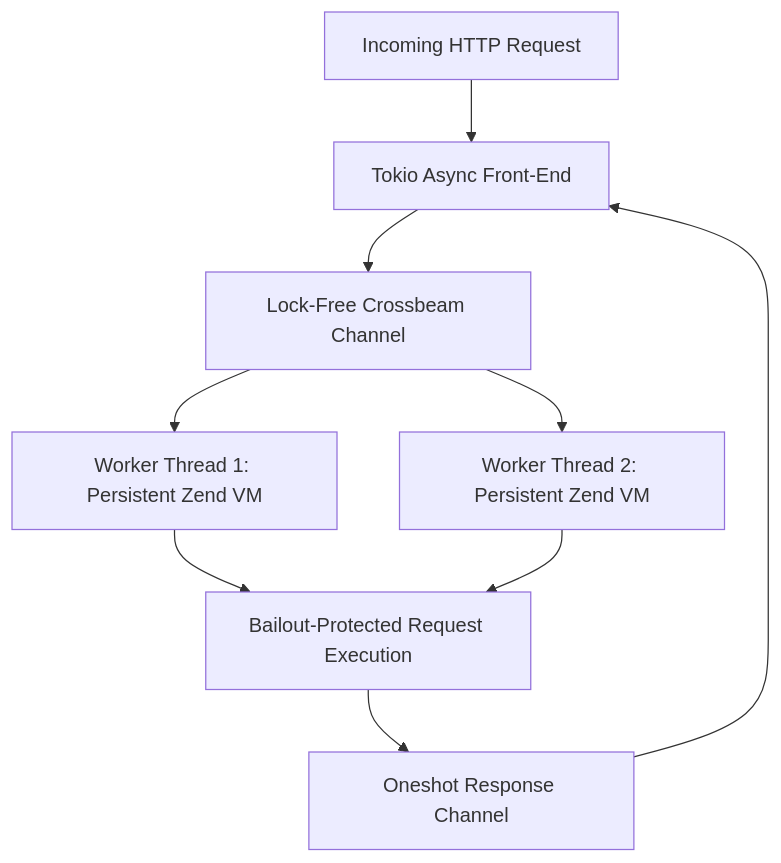
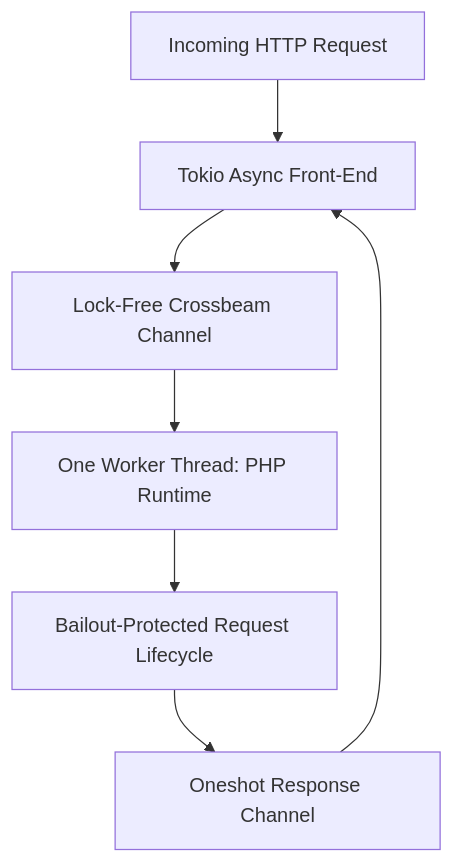
One commit to arsyadal/restphp changed the diagram in docs/runtime/persistent-workers.md. Above: the diagram before and after it, drawn with Mermaid. The commit also changed other lines of this file and 23 other files, not shown here.

Commit message:
feat(runtime): harden NTS process lifecycle

````diff
--- a/docs/runtime/persistent-workers.md
+++ b/docs/runtime/persistent-workers.md
@@ -29,11 +25,9 @@
 ```mermaid
 graph TD
     A[Incoming HTTP Request] --> B[Tokio Async Front-End]
     B --> C[Lock-Free Crossbeam Channel]
-    C --> D[Worker Thread 1: Persistent Zend VM]
-    C --> E[Worker Thread 2: Persistent Zend VM]
-    D --> F[Bailout-Protected Request Execution]
-    E --> F
+    C --> D[One Worker Thread: PHP Runtime]
+    D --> F[Bailout-Protected Request Lifecycle]
     F --> G[Oneshot Response Channel]
     G --> B
 ```
````
